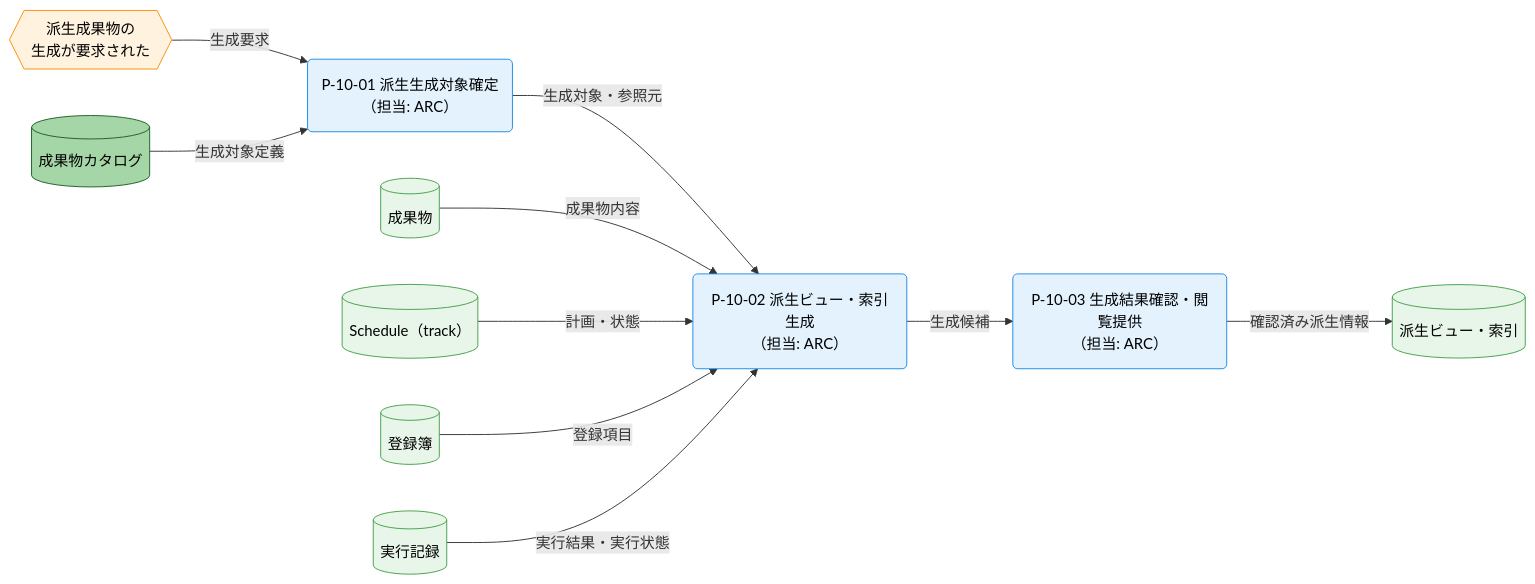
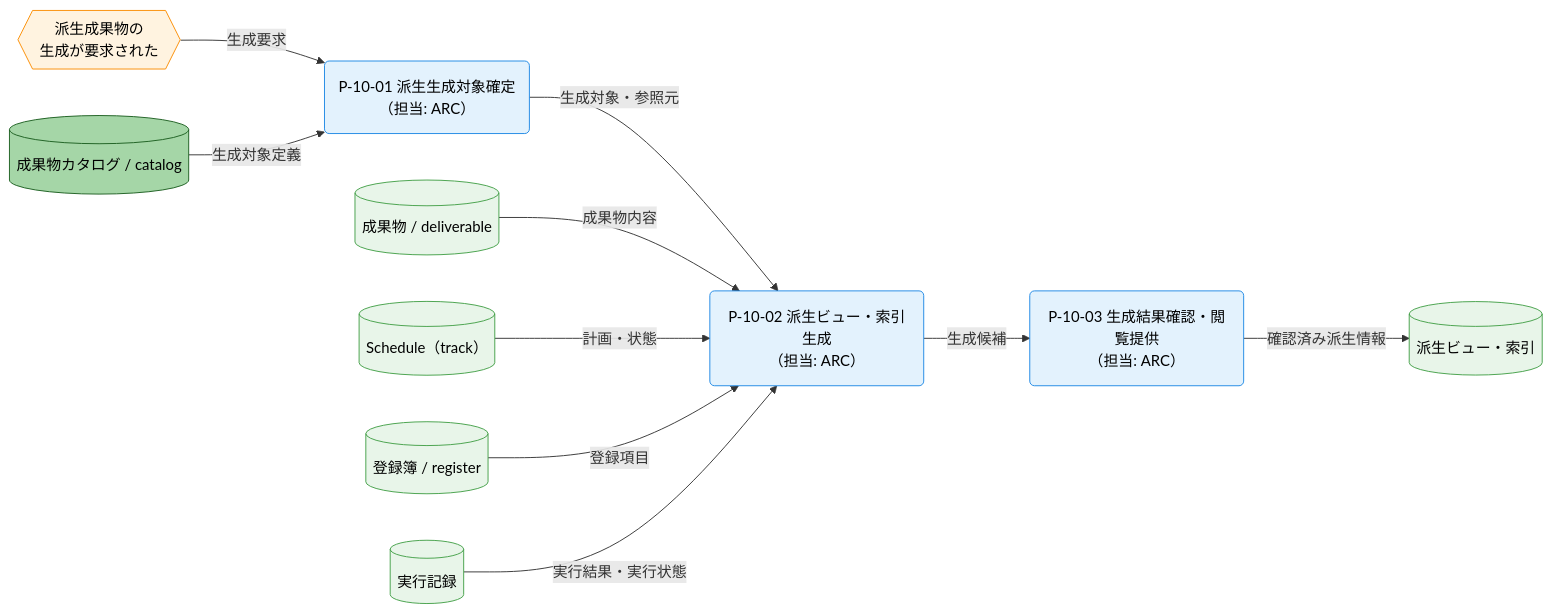
One commit to specdojo/specdojo changed the third of 3 diagrams in docs/ja/product/010-business-specs/010-data-flow/cdfd-check.md. Above: the diagram before and after it, drawn with Mermaid. The commit also changed other lines of this file and 14 other files, not shown here.

````diff
--- a/docs/ja/product/010-business-specs/010-data-flow/cdfd-check.md
+++ b/docs/ja/product/010-business-specs/010-data-flow/cdfd-check.md
@@ -245,33 +245,33 @@
 ```mermaid
 flowchart LR
   classDef process fill:#e3f2fd,stroke:#1e88e5,color:#000
   classDef event fill:#fff3e0,stroke:#fb8c00,color:#000
   classDef storeMaster fill:#a5d6a7,stroke:#1b5e20,color:#000
   classDef storeTransaction fill:#e8f5e9,stroke:#43a047,color:#000
 
   生成要求{{"派生成果物の<br>生成が要求された"}}
   派生生成対象確定("P-10-01 派生生成対象確定<br>（担当: ARC）")
   派生生成("P-10-02 派生ビュー・索引生成<br>（担当: ARC）")
   生成結果確認("P-10-03 生成結果確認・閲覧提供<br>（担当: ARC）")
-  成果物カタログ[("成果物カタログ")]
-  成果物[("成果物")]
+  成果物カタログ[("成果物カタログ / catalog")]
+  成果物[("成果物 / deliverable")]
   Schedule[("Schedule（track）")]
-  登録簿[("登録簿")]
+  登録簿[("登録簿 / register")]
   実行記録[("実行記録")]
   派生ビュー索引[("派生ビュー・索引")]
 
   生成要求 -->|"生成要求"| 派生生成対象確定
   成果物カタログ -->|"生成対象定義"| 派生生成対象確定
   派生生成対象確定 -->|"生成対象・参照元"| 派生生成
   成果物 -->|"成果物内容"| 派生生成
   Schedule -->|"計画・状態"| 派生生成
   登録簿 -->|"登録項目"| 派生生成
   実行記録 -->|"実行結果・実行状態"| 派生生成
   派生生成 -->|"生成候補"| 生成結果確認
   生成結果確認 -->|"確認済み派生情報"| 派生ビュー索引
 
   class 派生生成対象確定,派生生成,生成結果確認 process
   class 生成要求 event
   class 成果物カタログ storeMaster
   class 成果物,Schedule,登録簿,実行記録,派生ビュー索引 storeTransaction
 ```
````
